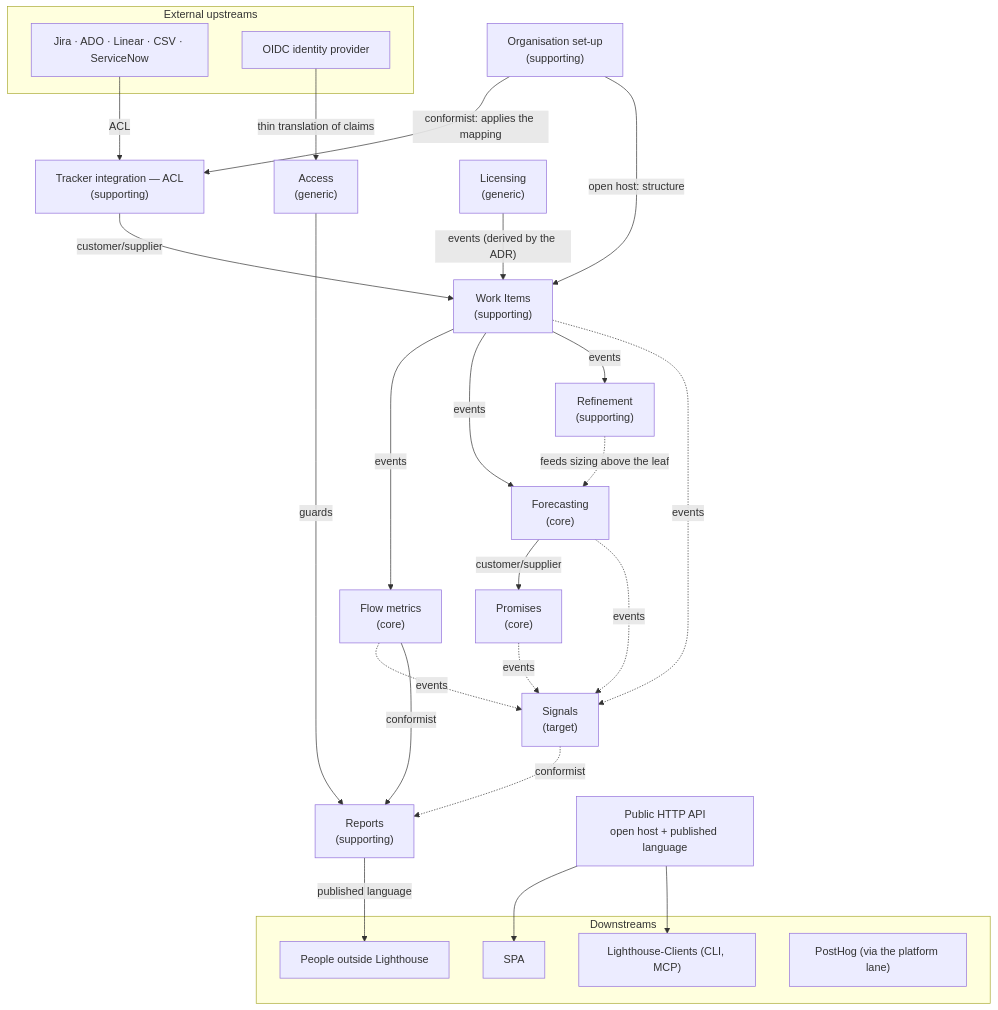
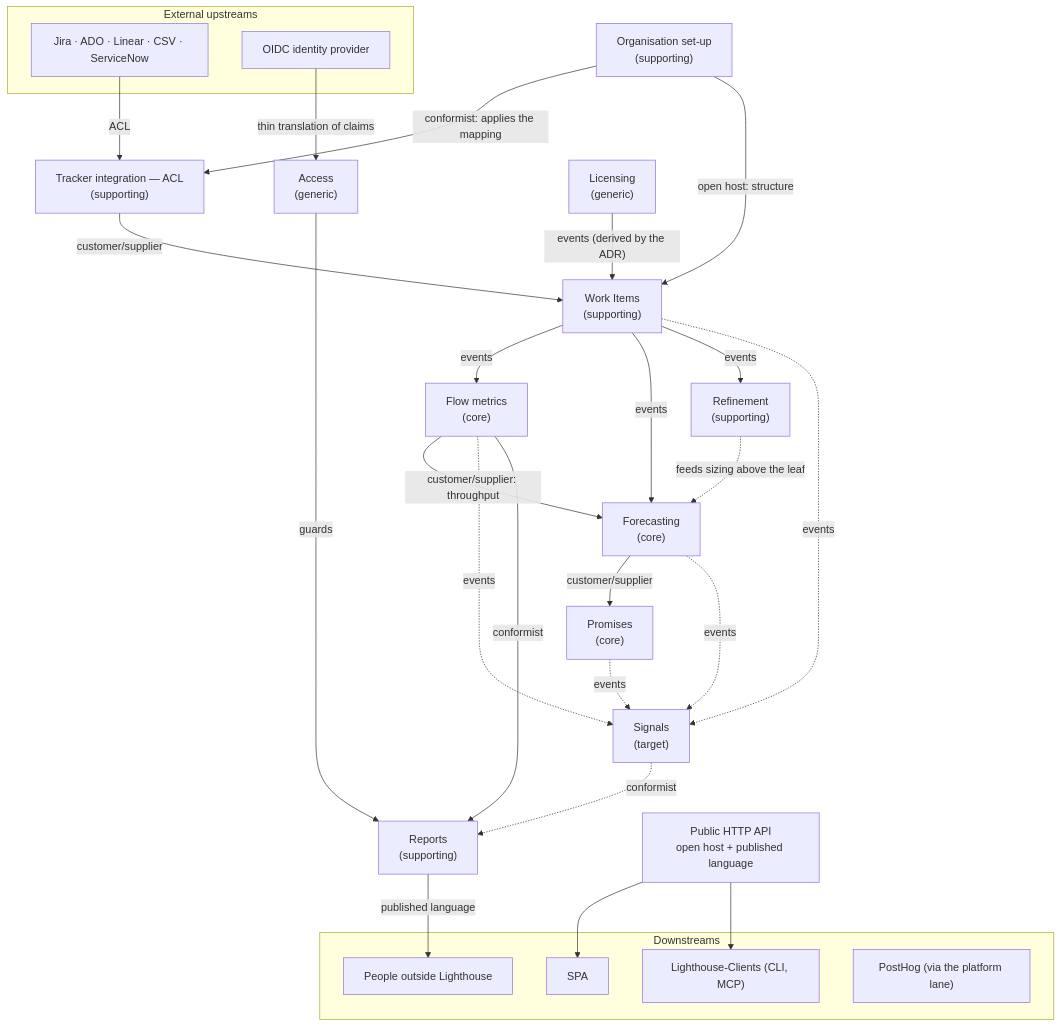
One commit to LetPeopleWork/Lighthouse changed the diagram in docs/product/architecture/adr-270-bounded-contexts-context-map-and-module-layout.md. Above: the diagram before and after it, drawn with Mermaid. The commit also changed other lines of this file and 5 other files, not shown here.

````diff
--- a/docs/product/architecture/adr-270-bounded-contexts-context-map-and-module-layout.md
+++ b/docs/product/architecture/adr-270-bounded-contexts-context-map-and-module-layout.md
@@ -108,45 +110,46 @@
 ```mermaid
 flowchart TB
   subgraph EXT_UP["External upstreams"]
     TR["Jira · ADO · Linear · CSV · ServiceNow"]
     IDP["OIDC identity provider"]
   end
   ORG["Organisation set-up<br/>(supporting)"]
   TI["Tracker integration — ACL<br/>(supporting)"]
   SYNC["Work Items<br/>(supporting)"]
   MET["Flow metrics<br/>(core)"]
   FC["Forecasting<br/>(core)"]
   PRO["Promises<br/>(core)"]
   SIG["Signals<br/>(target)"]
   REF["Refinement<br/>(supporting)"]
   REP["Reports<br/>(supporting)"]
   ACC["Access<br/>(generic)"]
   LIC["Licensing<br/>(generic)"]
   subgraph EXT_DOWN["Downstreams"]
     SPA["SPA"]
     CLI["Lighthouse-Clients (CLI, MCP)"]
     OUT["People outside Lighthouse"]
     PH["PostHog (via the platform lane)"]
   end
   TR -->|ACL| TI
   IDP -->|thin translation of claims| ACC
   ORG -->|conformist: applies the mapping| TI
   TI -->|customer/supplier| SYNC
   ORG -->|open host: structure| SYNC
   SYNC -->|events| MET
   SYNC -->|events| FC
+  MET -->|customer/supplier: throughput| FC
   SYNC -->|events| REF
   SYNC -.->|events| SIG
   REF -.->|feeds sizing above the leaf| FC
   FC -->|customer/supplier| PRO
   MET -.->|events| SIG
   FC -.->|events| SIG
   PRO -.->|events| SIG
   MET -->|conformist| REP
   SIG -.->|conformist| REP
   REP -->|published language| OUT
   LIC -->|"events (derived by the ADR)"| SYNC
   ACC -->|guards| REP
   API["Public HTTP API<br/>open host + published language"] --> SPA
   API --> CLI
 ```
````
